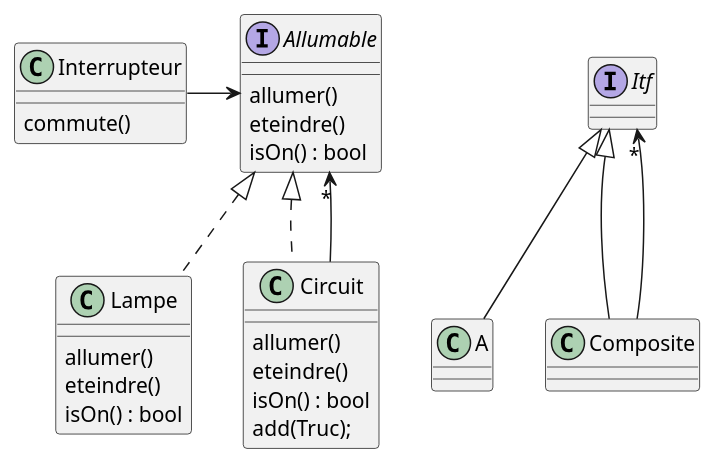
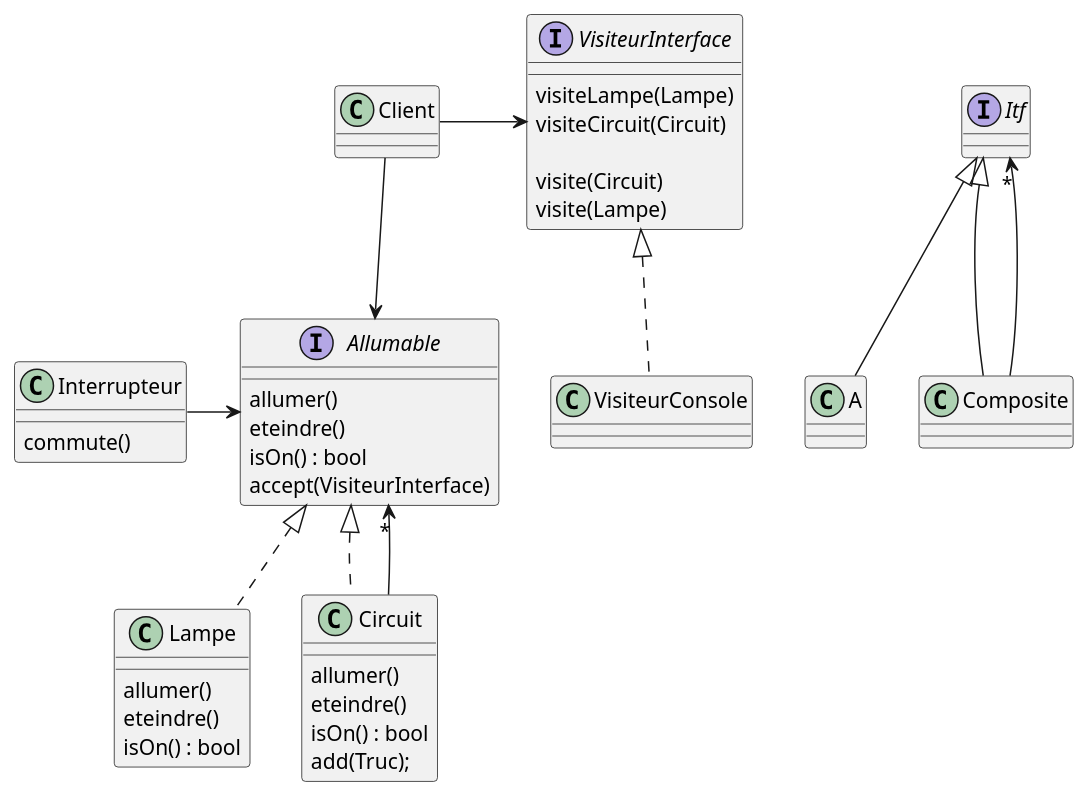
The diagram in src/uha/ensisa/archiobjet/composite/composite.puml (florentBourgeois/2024-ENSISA-ArchiObjet), drawn with PlantUML before and after one commit. The commit also changed 6 other files, not shown here.

```diff
--- a/src/uha/ensisa/archiobjet/composite/composite.puml
+++ b/src/uha/ensisa/archiobjet/composite/composite.puml
@@ -1,41 +1,59 @@
 @startuml
 'https://plantuml.com/sequence-diagram
 
 interface Itf {
 }
 
 Itf <|-- A
 
 Itf <|-- Composite
 Itf "*" <-- Composite
 
 class Lampe {
     allumer()
     eteindre()
     isOn() : bool
 }
 
 class Interrupteur {
     commute()
 }
 
 class Circuit {
     allumer()
     eteindre()
     isOn() : bool
     add(Truc);
 }
 
 interface Allumable {
      allumer()
      eteindre()
      isOn() : bool
+     accept(VisiteurInterface)
 }
 
 Allumable <|.. Lampe
 Allumable <|.. Circuit
 Allumable "*" <-- Circuit
 
 Interrupteur -> Allumable
 
+Client --> Allumable
+
+Client -> VisiteurInterface
+
+interface VisiteurInterface {
+    visiteLampe(Lampe)
+    visiteCircuit(Circuit)
+
+    visite(Circuit)
+    visite(Lampe)
+
+}
+
+VisiteurInterface <|.. VisiteurConsole
+
+
+
 @enduml
```
